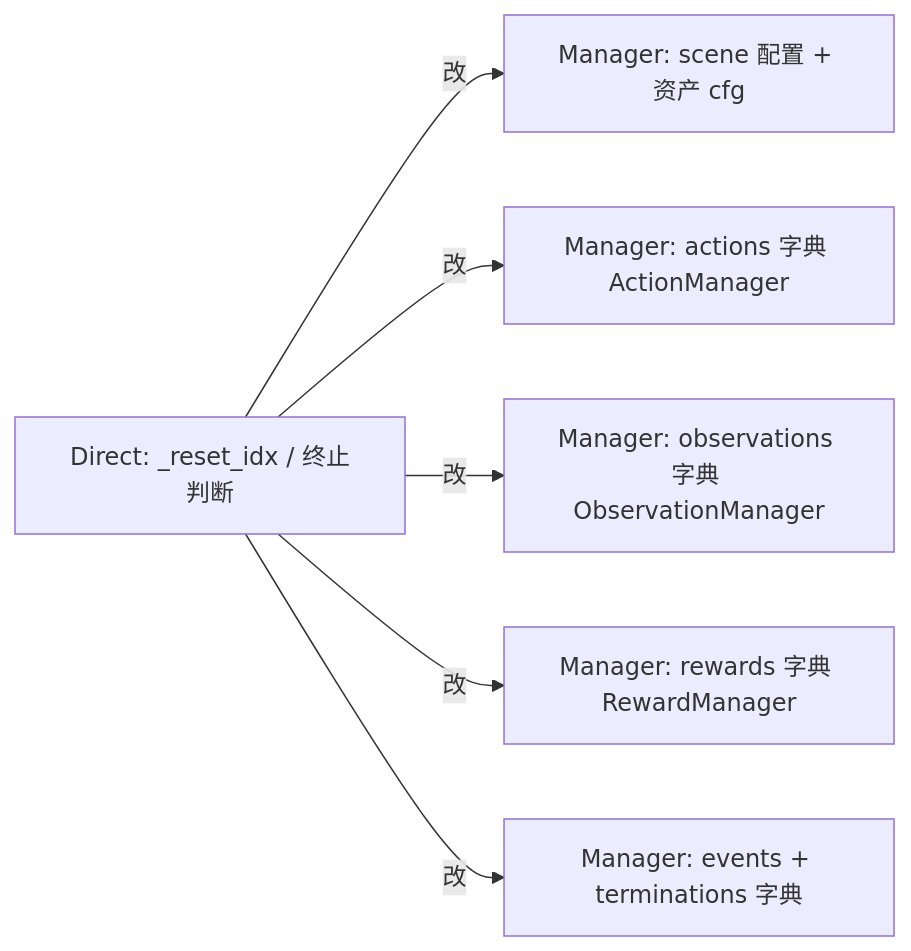
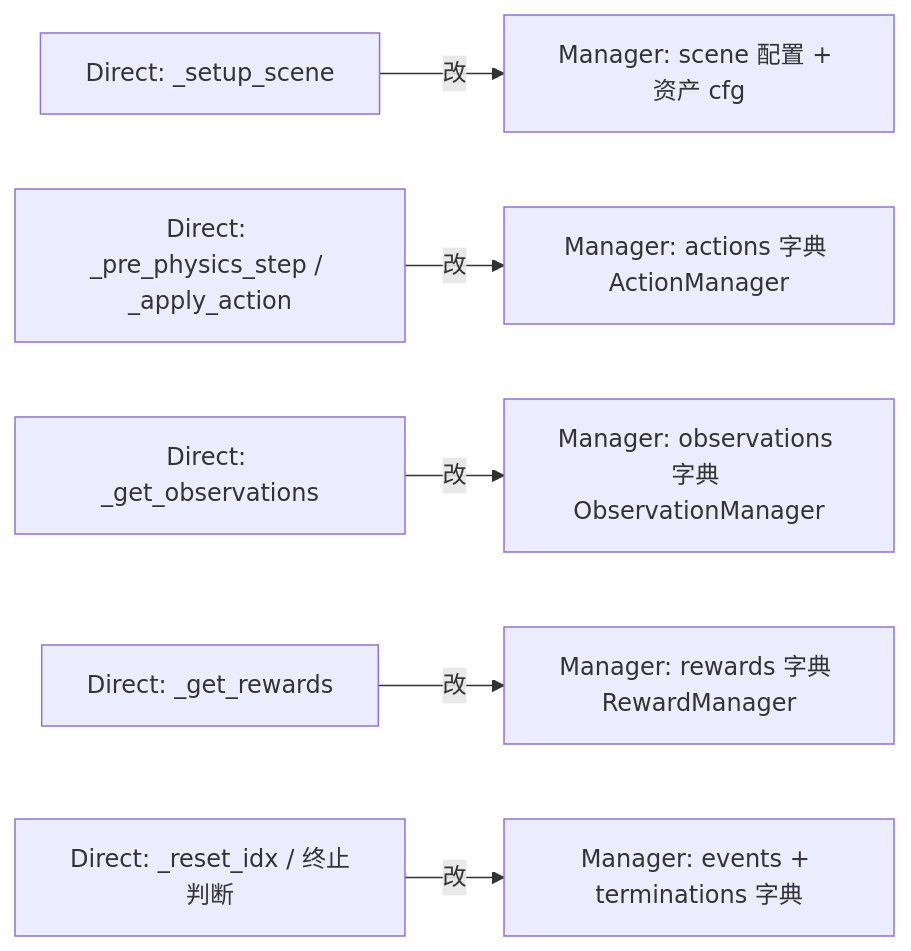
One commit to Kytolly/wiki-tutorial-Isaac changed the diagram in page/build/Direct与Manager-Based对比迁移.md. Above: the diagram before and after it, drawn with Mermaid. The commit also changed 3 other files, not shown here.

Commit message:
fix: 修复 3 处 mermaid 语法错误（多源连边、重复节点ID、未加引号括号）

````diff
--- a/page/build/Direct与Manager-Based对比迁移.md
+++ b/page/build/Direct与Manager-Based对比迁移.md
@@ -33,8 +33,8 @@
 ```mermaid
 flowchart LR
-    D["Direct: _setup_scene"] -->|改| M1["Manager: scene 配置 + 资产 cfg"]
-    D["Direct: _pre_physics_step / _apply_action"] -->|改| M2["Manager: actions 字典 ActionManager"]
-    D["Direct: _get_observations"] -->|改| M3["Manager: observations 字典 ObservationManager"]
-    D["Direct: _get_rewards"] -->|改| M4["Manager: rewards 字典 RewardManager"]
-    D["Direct: _reset_idx / 终止判断"] -->|改| M5["Manager: events + terminations 字典"]
+    D1["Direct: _setup_scene"] -->|改| M1["Manager: scene 配置 + 资产 cfg"]
+    D2["Direct: _pre_physics_step / _apply_action"] -->|改| M2["Manager: actions 字典 ActionManager"]
+    D3["Direct: _get_observations"] -->|改| M3["Manager: observations 字典 ObservationManager"]
+    D4["Direct: _get_rewards"] -->|改| M4["Manager: rewards 字典 RewardManager"]
+    D5["Direct: _reset_idx / 终止判断"] -->|改| M5["Manager: events + terminations 字典"]
 ```
````
